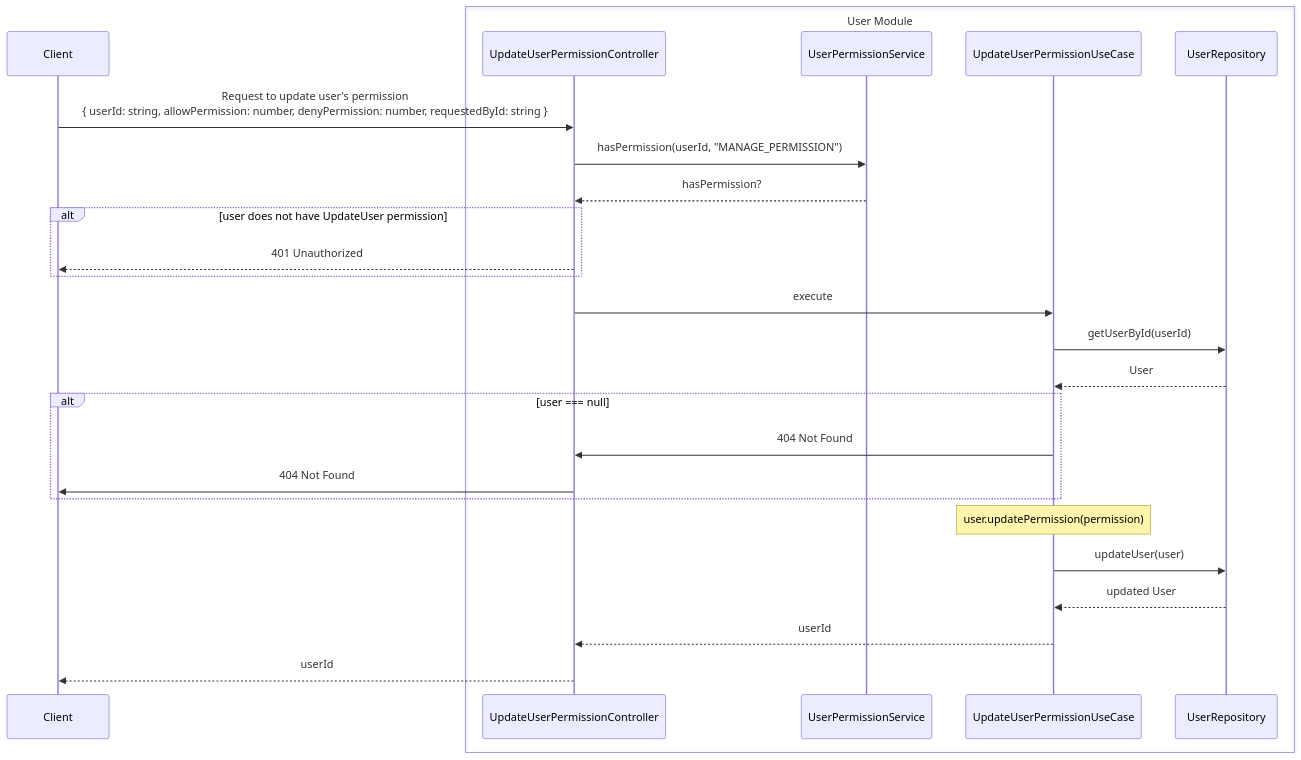
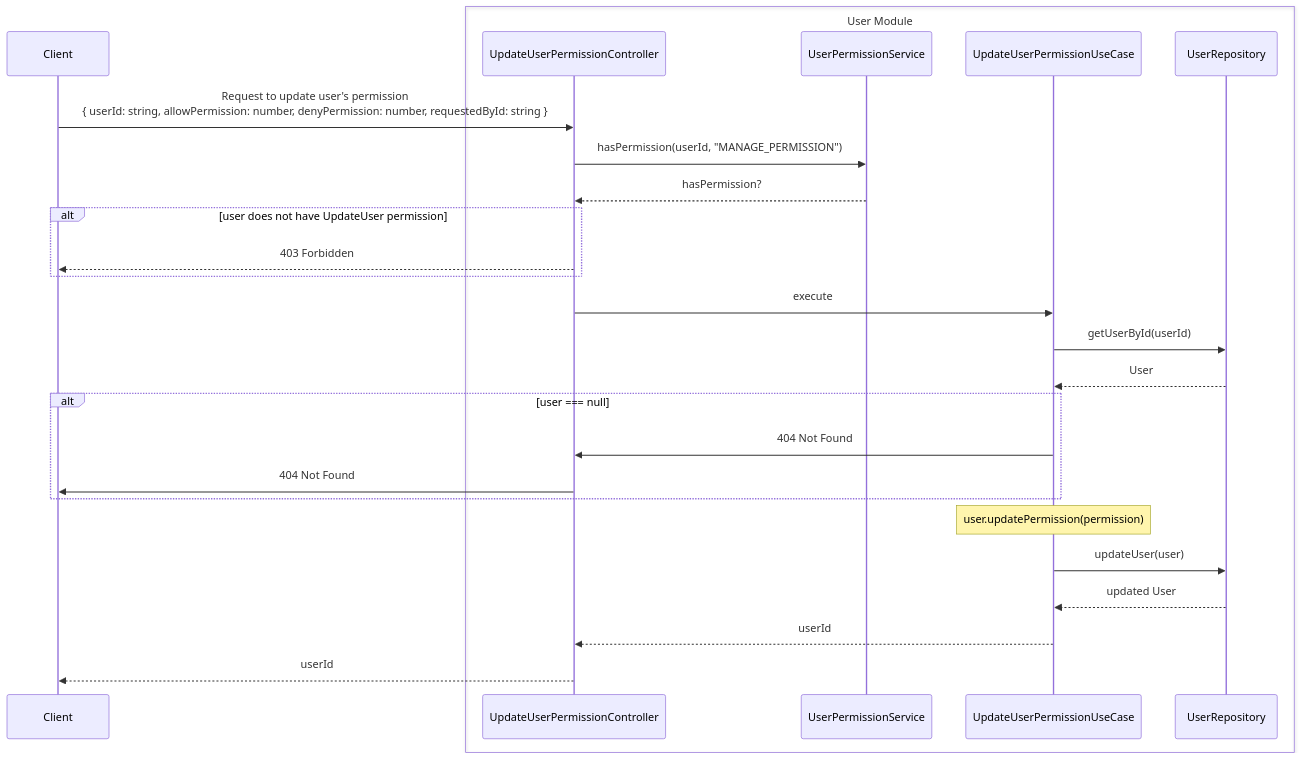
Before and after one commit to ThesisVault/thesis-vault: the diagram in docs/diagrams/user/useCase/updateUserPermissionUseCase.sequence.md, drawn with Mermaid. The commit also changed 6 other files, not shown here.

````diff
--- a/docs/diagrams/user/useCase/updateUserPermissionUseCase.sequence.md
+++ b/docs/diagrams/user/useCase/updateUserPermissionUseCase.sequence.md
@@ -3,33 +3,33 @@
 ```mermaid
 sequenceDiagram
     participant Client
 
     box User Module
         participant UpdateUserPermissionController
         participant UserPermissionService
         participant UpdateUserPermissionUseCase
         participant UserRepository
     end
 
     Client ->> UpdateUserPermissionController: Request to update user's permission <br/> { userId: string, allowPermission: number, denyPermission: number, requestedById: string }
     UpdateUserPermissionController ->> UserPermissionService: hasPermission(userId, "MANAGE_PERMISSION")
     UserPermissionService -->> UpdateUserPermissionController: hasPermission?
     alt user does not have UpdateUser permission
-        UpdateUserPermissionController -->> Client: 401 Unauthorized
+        UpdateUserPermissionController -->> Client: 403 Forbidden
     end
 
     UpdateUserPermissionController ->> UpdateUserPermissionUseCase: execute
     UpdateUserPermissionUseCase ->> UserRepository: getUserById(userId)
     UserRepository -->> UpdateUserPermissionUseCase: User
 
     alt user === null
         UpdateUserPermissionUseCase ->> UpdateUserPermissionController: 404 Not Found
         UpdateUserPermissionController ->> Client: 404 Not Found
     end
 
     Note over UpdateUserPermissionUseCase: user.updatePermission(permission)
     UpdateUserPermissionUseCase ->> UserRepository: updateUser(user)
     UserRepository -->> UpdateUserPermissionUseCase: updated User
     UpdateUserPermissionUseCase -->> UpdateUserPermissionController: userId
     UpdateUserPermissionController -->> Client: userId
 ```
````
